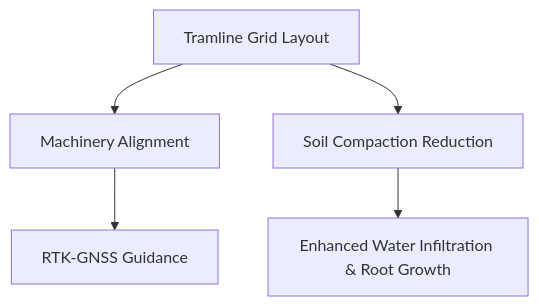
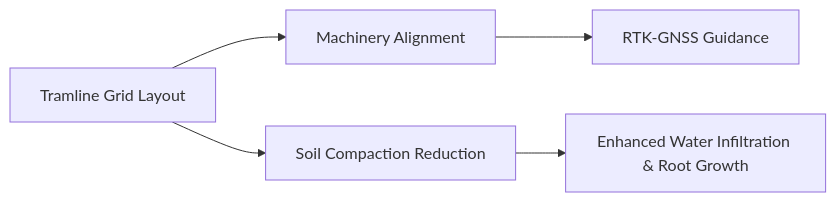
The fourth of 9 diagrams in presentations/lecture_09.qmd (00113844/AGRI4401_website), drawn with Mermaid before and after one commit. The commit also changed other lines of this file and 7 other files, not shown here.

````diff
--- a/presentations/lecture_09.qmd
+++ b/presentations/lecture_09.qmd
@@ -443,7 +486,7 @@
 ```{mermaid}
-graph TD
+flowchart LR
   A[Tramline Grid Layout] --> B[Machinery Alignment]
   B --> C[RTK-GNSS Guidance]
   A --> D[Soil Compaction Reduction]
   D --> E[Enhanced Water Infiltration & Root Growth]
 ```
````
